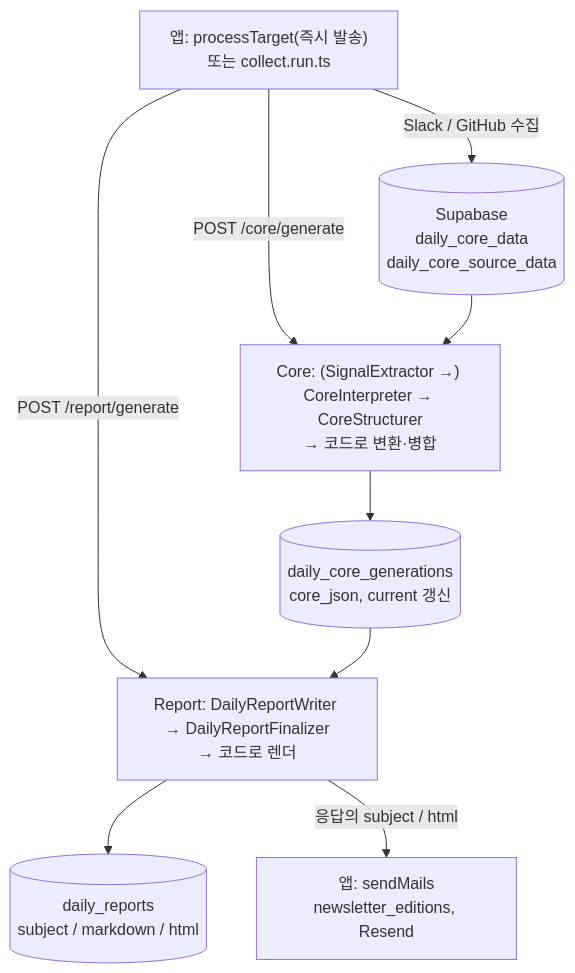
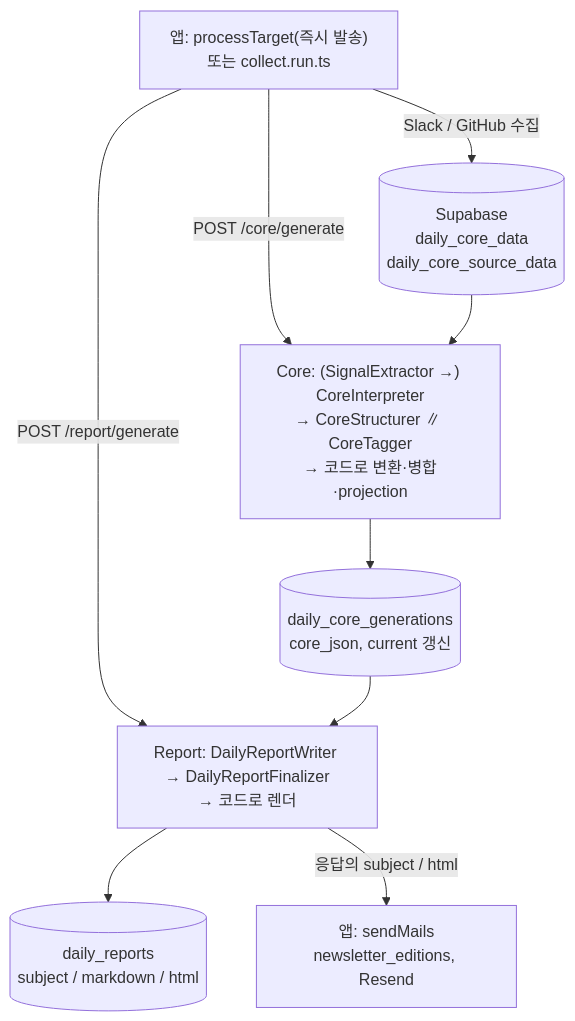
Before and after one commit to Jinu-hub/IEUM: the diagram in flue/README.md, drawn with Mermaid. The commit also changed other lines of this file and 18 other files, not shown here.

````diff
--- a/flue/README.md
+++ b/flue/README.md
@@ -9,11 +9,11 @@
 ```mermaid
 flowchart TD
   A["앱: processTarget(즉시 발송)<br/>또는 collect.run.ts"] -->|"Slack / GitHub 수집"| B[("Supabase<br/>daily_core_data<br/>daily_core_source_data")]
-  A -->|"POST /core/generate"| C["Core: (SignalExtractor →) CoreInterpreter → CoreStructurer<br/>→ 코드로 변환·병합"]
+  A -->|"POST /core/generate"| C["Core: (SignalExtractor →) CoreInterpreter<br/>→ CoreStructurer ∥ CoreTagger<br/>→ 코드로 변환·병합·projection"]
   B --> C
   C --> D[("daily_core_generations<br/>core_json, current 갱신")]
   A -->|"POST /report/generate"| E["Report: DailyReportWriter → DailyReportFinalizer<br/>→ 코드로 렌더"]
   D --> E
   E --> F[("daily_reports<br/>subject / markdown / html")]
   E -->|"응답의 subject / html"| G["앱: sendMails<br/>newsletter_editions, Resend"]
 ```
````
